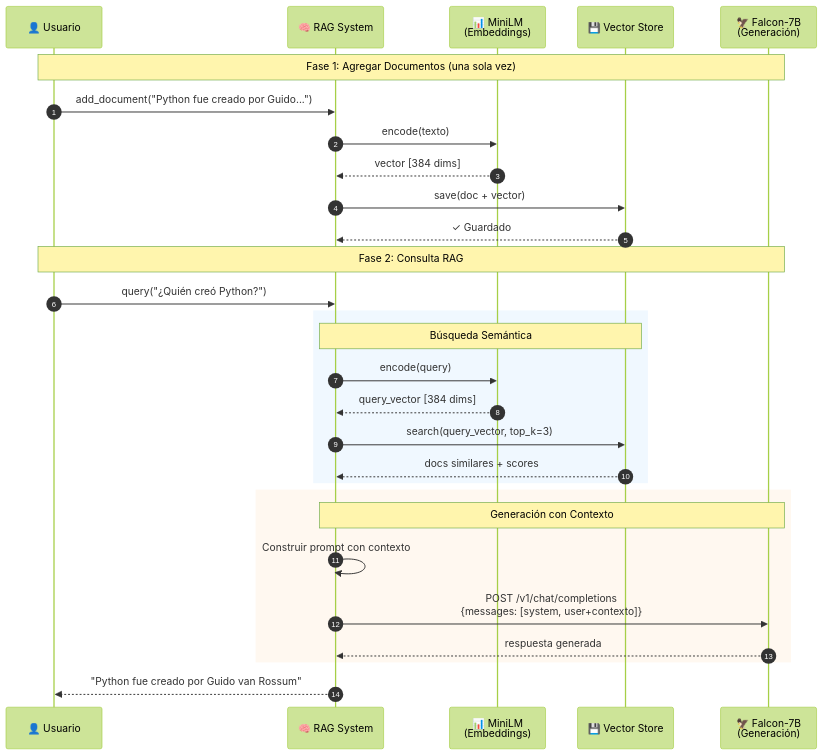
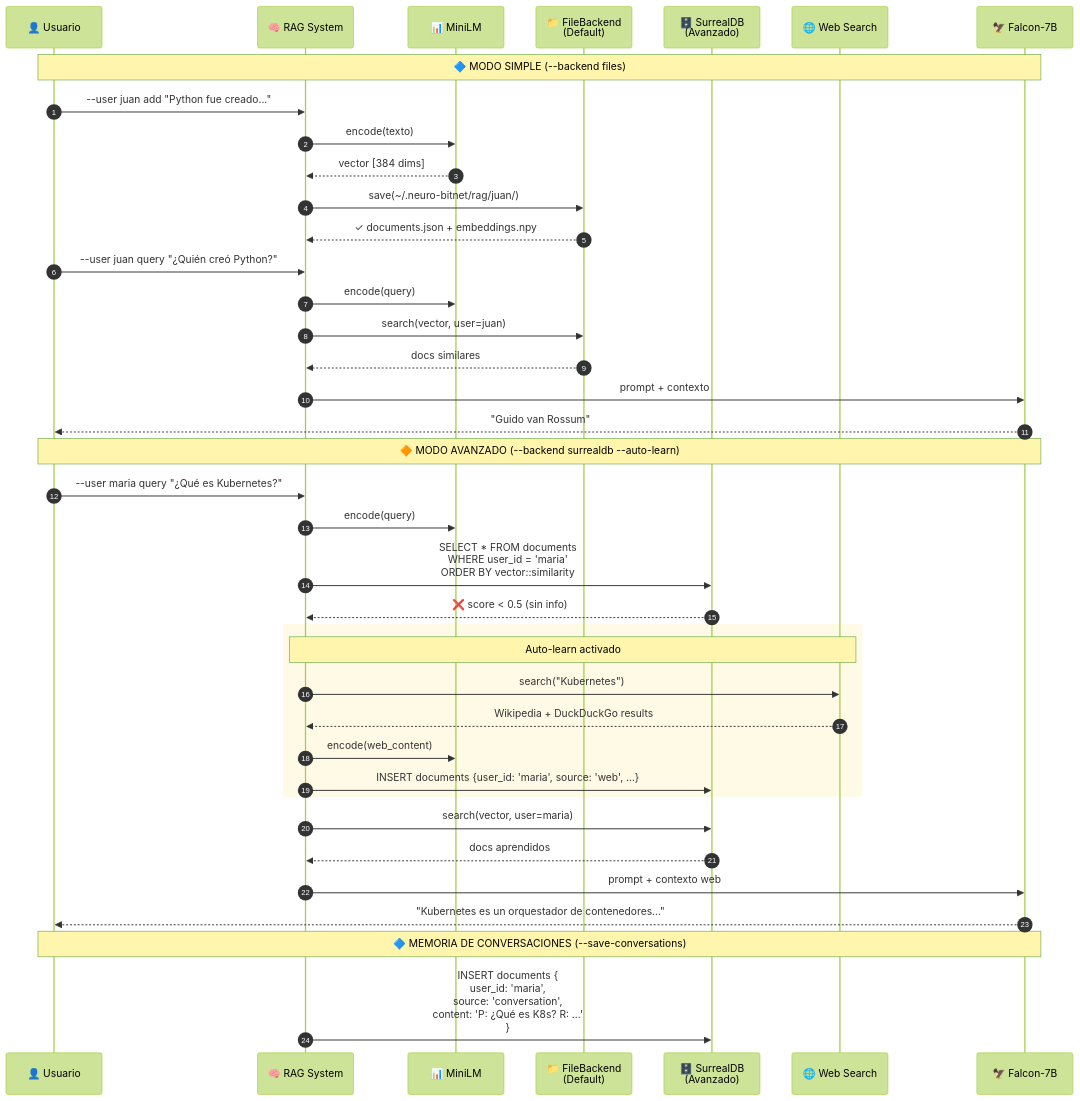
Before and after one commit to madkoding/neuro-bitnet: the second of 4 diagrams in README.md, drawn with Mermaid (forest theme). The commit also changed other lines of this file, not shown here.

Commit message:
docs: update architecture diagrams with dual backend and multi-user support

````diff
--- a/README.md
+++ b/README.md
@@ -57,36 +79,50 @@
 ```mermaid
 sequenceDiagram
     autonumber
     participant U as 👤 Usuario
     participant RAG as 🧠 RAG System
-    participant ML as 📊 MiniLM<br/>(Embeddings)
-    participant VS as 💾 Vector Store
-    participant LLM as 🦅 Falcon-7B<br/>(Generación)
+    participant ML as 📊 MiniLM
+    participant FS as 📁 FileBackend<br/>(Default)
+    participant SD as 🗄️ SurrealDB<br/>(Avanzado)
+    participant WEB as 🌐 Web Search
+    participant LLM as 🦅 Falcon-7B
 
-    Note over U,LLM: Fase 1: Agregar Documentos (una sola vez)
-    U->>RAG: add_document("Python fue creado por Guido...")
+    Note over U,LLM: 🔷 MODO SIMPLE (--backend files)
+    
+    U->>RAG: --user juan add "Python fue creado..."
     RAG->>ML: encode(texto)
     ML-->>RAG: vector [384 dims]
-    RAG->>VS: save(doc + vector)
-    VS-->>RAG: ✓ Guardado
+    RAG->>FS: save(~/.neuro-bitnet/rag/juan/)
+    FS-->>RAG: ✓ documents.json + embeddings.npy
 
-    Note over U,LLM: Fase 2: Consulta RAG
-    U->>RAG: query("¿Quién creó Python?")
+    U->>RAG: --user juan query "¿Quién creó Python?"
+    RAG->>ML: encode(query)
+    RAG->>FS: search(vector, user=juan)
+    FS-->>RAG: docs similares
+    RAG->>LLM: prompt + contexto
+    LLM-->>U: "Guido van Rossum"
+
+    Note over U,LLM: 🔶 MODO AVANZADO (--backend surrealdb --auto-learn)
+
+    U->>RAG: --user maria query "¿Qué es Kubernetes?"
+    RAG->>ML: encode(query)
+    RAG->>SD: SELECT * FROM documents<br/>WHERE user_id = 'maria'<br/>ORDER BY vector::similarity
+    SD-->>RAG: ❌ score < 0.5 (sin info)
     
-    rect rgb(240, 248, 255)
-        Note over RAG,VS: Búsqueda Semántica
-        RAG->>ML: encode(query)
-        ML-->>RAG: query_vector [384 dims]
-        RAG->>VS: search(query_vector, top_k=3)
-        VS-->>RAG: docs similares + scores
+    rect rgb(255, 250, 230)
+        Note over RAG,WEB: Auto-learn activado
+        RAG->>WEB: search("Kubernetes")
+        WEB-->>RAG: Wikipedia + DuckDuckGo results
+        RAG->>ML: encode(web_content)
+        RAG->>SD: INSERT documents {user_id: 'maria', source: 'web', ...}
     end
     
-    rect rgb(255, 248, 240)
-        Note over RAG,LLM: Generación con Contexto
-        RAG->>RAG: Construir prompt con contexto
-        RAG->>LLM: POST /v1/chat/completions<br/>{messages: [system, user+contexto]}
-        LLM-->>RAG: respuesta generada
-    end
+    RAG->>SD: search(vector, user=maria)
+    SD-->>RAG: docs aprendidos
+    RAG->>LLM: prompt + contexto web
+    LLM-->>U: "Kubernetes es un orquestador de contenedores..."
+
+    Note over U,LLM: 🔷 MEMORIA DE CONVERSACIONES (--save-conversations)
     
-    RAG-->>U: "Python fue creado por Guido van Rossum"
+    RAG->>SD: INSERT documents {<br/>  user_id: 'maria',<br/>  source: 'conversation',<br/>  content: 'P: ¿Qué es K8s? R: ...'<br/>}
 ```
````
